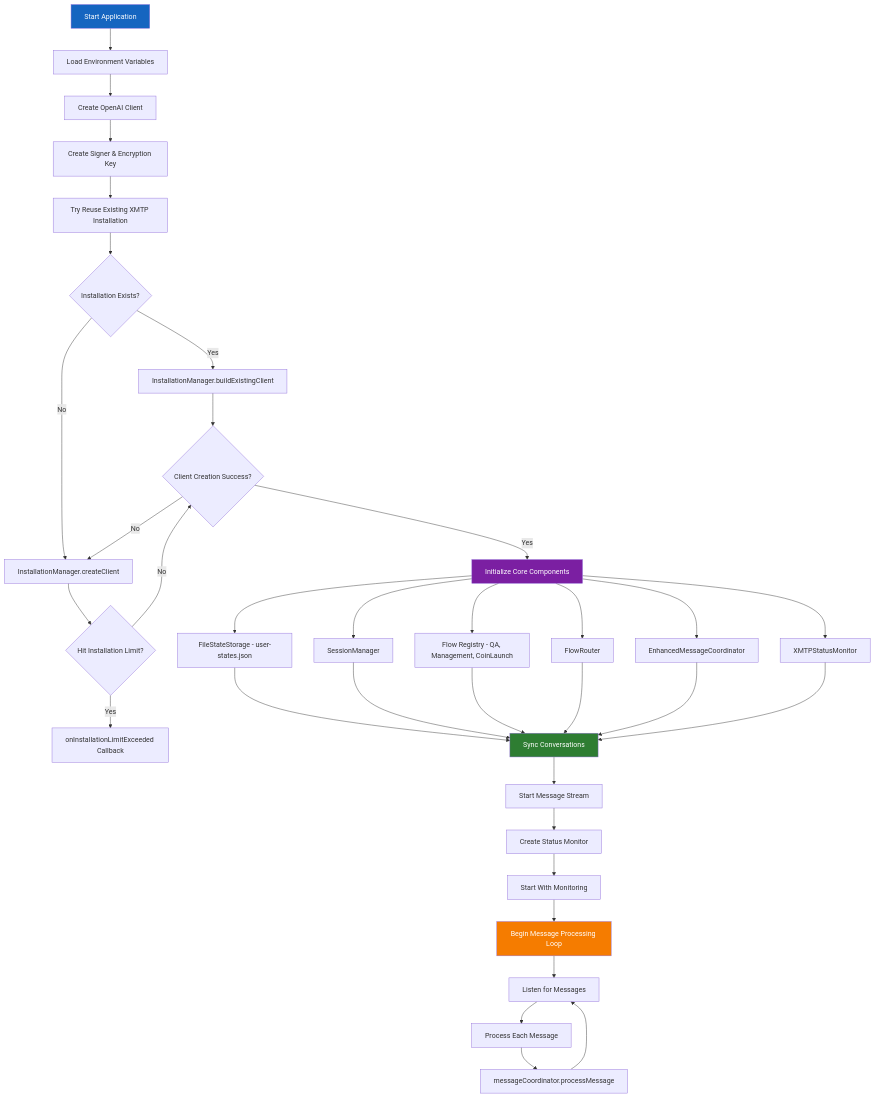
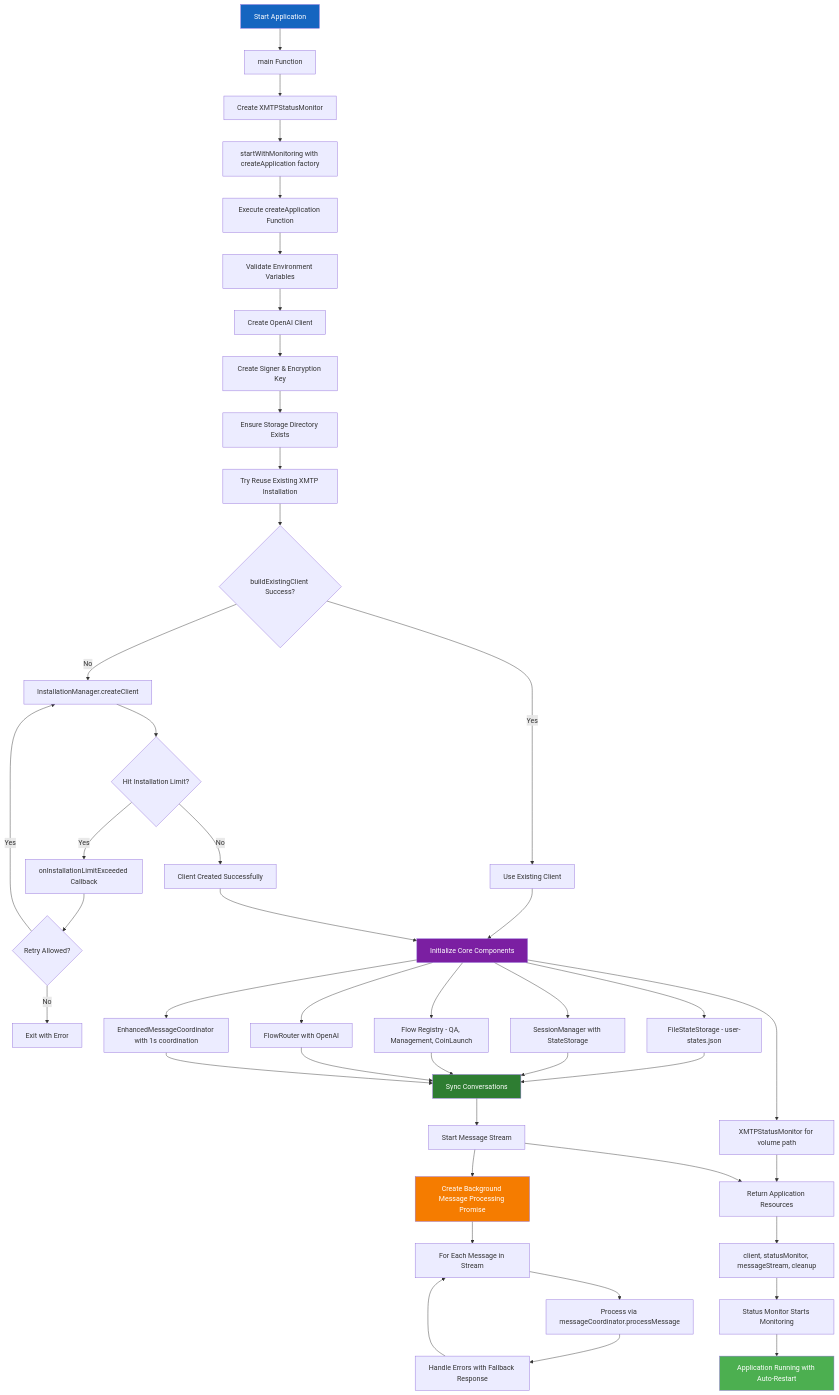
Before and after one commit to flayerlabs/xmtp-flaunchy: the first of 13 diagrams in SYSTEM_ARCHITECTURE.md, drawn with Mermaid. The commit also changed other lines of this file and 3 other files, not shown here.

Commit message:
fix: make the bot to only respond to tags & replies to bot messages, allow active user to tag a previously sent image to use for flaunch

````diff
--- a/SYSTEM_ARCHITECTURE.md
+++ b/SYSTEM_ARCHITECTURE.md
@@ -27,47 +27,60 @@
 ```mermaid
 graph TD
-    A[Start Application] --> B[Load Environment Variables]
-    B --> C[Create OpenAI Client]
-    C --> D[Create Signer & Encryption Key]
-    D --> E[Try Reuse Existing XMTP Installation]
+    A[Start Application] --> B[main Function]
+    B --> C[Create XMTPStatusMonitor]
+    C --> D[startWithMonitoring with createApplication factory]
+    D --> E[Execute createApplication Function]
 
-    E --> F{Installation Exists?}
-    F -->|Yes| G[InstallationManager.buildExistingClient]
-    F -->|No| H[InstallationManager.createClient]
+    E --> F[Validate Environment Variables]
+    F --> G[Create OpenAI Client]
+    G --> H[Create Signer & Encryption Key]
+    H --> I[Ensure Storage Directory Exists]
+    I --> J[Try Reuse Existing XMTP Installation]
 
-    G --> I{Client Creation Success?}
-    H --> J{Hit Installation Limit?}
-    J -->|Yes| K[onInstallationLimitExceeded Callback]
-    J -->|No| I
-    I -->|No| H
+    J --> K{buildExistingClient Success?}
+    K -->|Yes| L[Use Existing Client]
+    K -->|No| M[InstallationManager.createClient]
 
-    I -->|Yes| L[Initialize Core Components]
-    L --> M[FileStateStorage - user-states.json]
-    L --> N[SessionManager]
-    L --> O[Flow Registry - QA, Management, CoinLaunch]
-    L --> P[FlowRouter]
-    L --> Q[EnhancedMessageCoordinator]
-    L --> R[XMTPStatusMonitor]
+    M --> N{Hit Installation Limit?}
+    N -->|Yes| O[onInstallationLimitExceeded Callback]
+    N -->|No| P[Client Created Successfully]
+    O --> Q{Retry Allowed?}
+    Q -->|Yes| M
+    Q -->|No| R[Exit with Error]
 
-    M --> S[Sync Conversations]
-    N --> S
-    O --> S
+    L --> S[Initialize Core Components]
     P --> S
-    Q --> S
-    R --> S
 
-    S --> T[Start Message Stream]
-    T --> U[Create Status Monitor]
-    U --> V[Start With Monitoring]
-    V --> W[Begin Message Processing Loop]
+    S --> T[FileStateStorage - user-states.json]
+    S --> U[SessionManager with StateStorage]
+    S --> V[Flow Registry - QA, Management, CoinLaunch]
+    S --> W[FlowRouter with OpenAI]
+    S --> X[EnhancedMessageCoordinator with 1s coordination]
+    S --> Y[XMTPStatusMonitor for volume path]
 
-    W --> X[Listen for Messages]
-    X --> Y[Process Each Message]
-    Y --> Z[messageCoordinator.processMessage]
-    Z --> X
+    T --> Z[Sync Conversations]
+    U --> Z
+    V --> Z
+    W --> Z
+    X --> Z
+
+    Z --> AA[Start Message Stream]
+    AA --> BB[Create Background Message Processing Promise]
+    BB --> CC[For Each Message in Stream]
+    CC --> DD[Process via messageCoordinator.processMessage]
+    DD --> EE[Handle Errors with Fallback Response]
+    EE --> CC
+
+    FF[Return Application Resources] --> GG[client, statusMonitor, messageStream, cleanup]
+    GG --> HH[Status Monitor Starts Monitoring]
+    HH --> II[Application Running with Auto-Restart]
+
+    Y --> FF
+    AA --> FF
 
     style A fill:#1565C0,color:#ffffff
-    style L fill:#7B1FA2,color:#ffffff
-    style S fill:#2E7D32,color:#ffffff
-    style W fill:#F57C00,color:#ffffff
+    style S fill:#7B1FA2,color:#ffffff
+    style Z fill:#2E7D32,color:#ffffff
+    style BB fill:#F57C00,color:#ffffff
+    style II fill:#4CAF50,color:#ffffff
 ```
````
